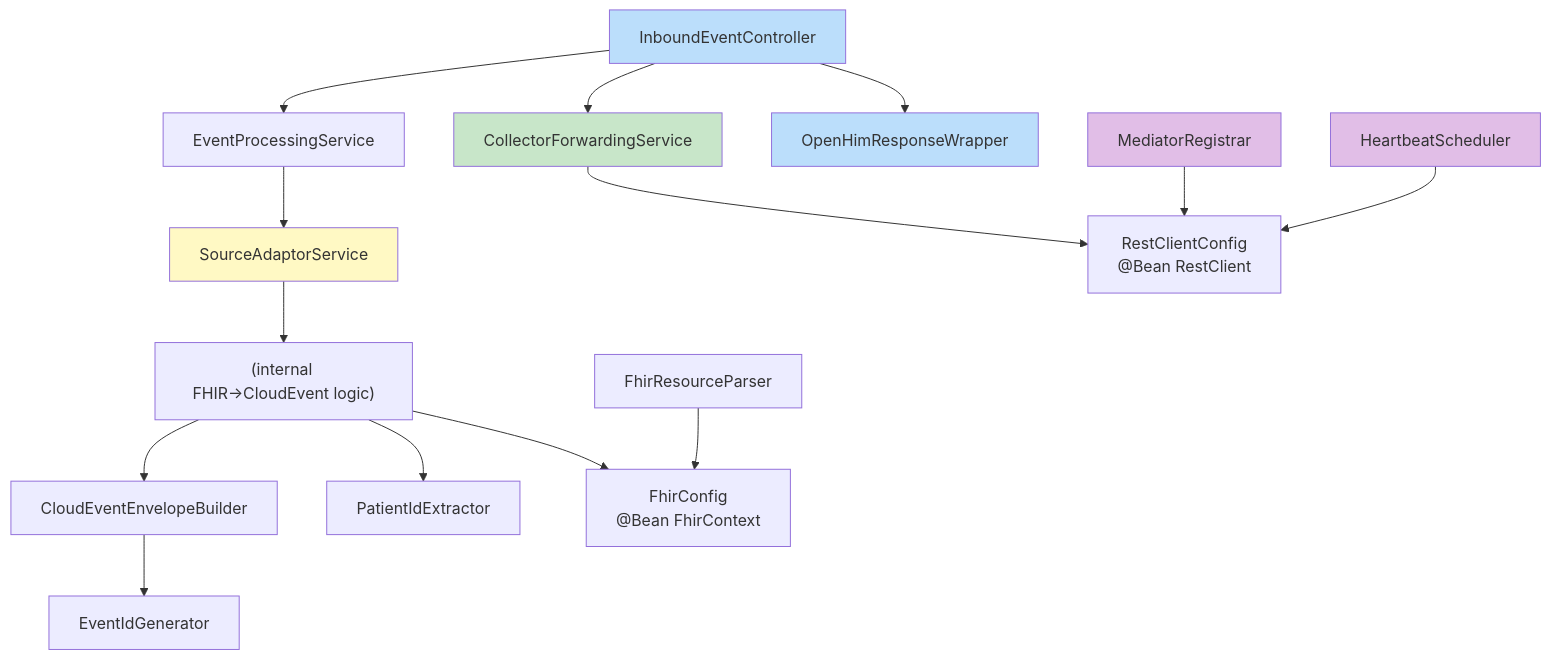
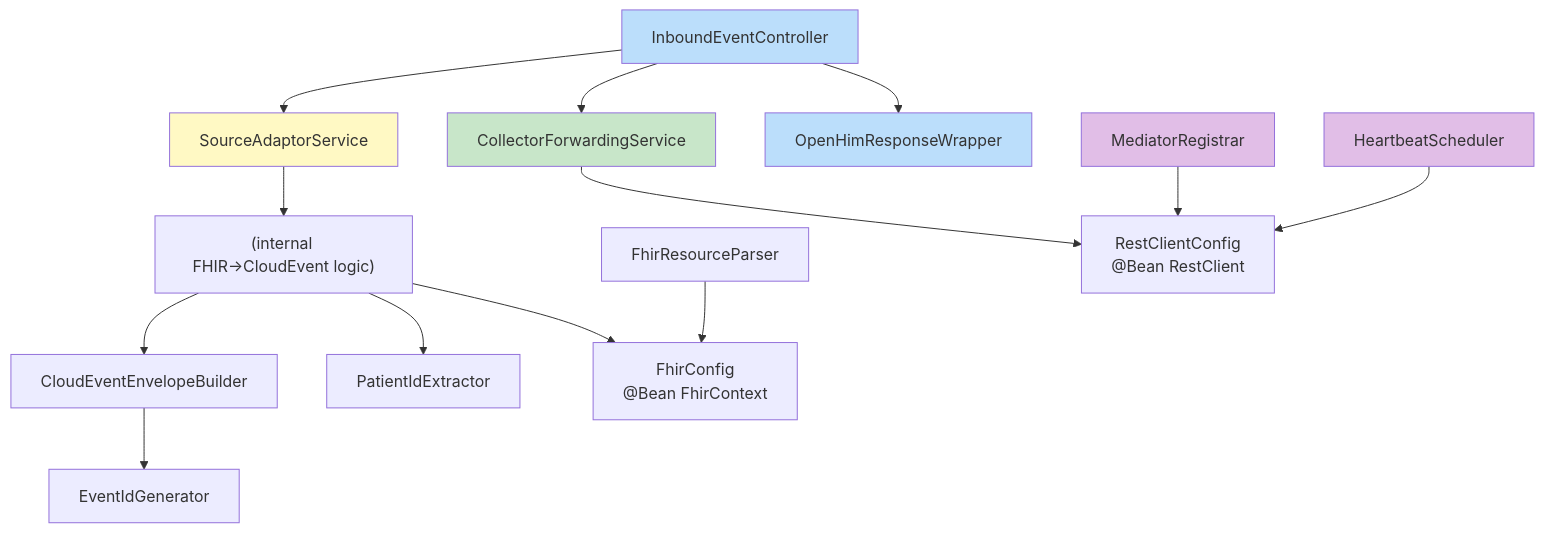
One commit to Jayaprakash8887/openhim-cce-emitter-adaptor changed the seventh of 8 diagrams in docs/flow-diagrams.md. Above: the diagram before and after it, drawn with Mermaid. The commit also changed other lines of this file and 16 other files, not shown here.

````diff
--- a/docs/flow-diagrams.md
+++ b/docs/flow-diagrams.md
@@ -228,47 +228,45 @@
 ```mermaid
 flowchart TD
     CTRL[InboundEventController]
-    NORM[EventProcessingService]
     REG[SourceAdaptorService]
     FWD[CollectorForwardingService]
     WRAP[OpenHimResponseWrapper]
 
     SA_ABS["(internal FHIR→CloudEvent logic)"]
 
     CE[CloudEventEnvelopeBuilder]
     PIE[PatientIdExtractor]
     FRP[FhirResourceParser]
     IDG[EventIdGenerator]
 
     REG_HB[MediatorRegistrar]
     HB[HeartbeatScheduler]
 
     FC["FhirConfig<br/>@Bean FhirContext"]
     RC["RestClientConfig<br/>@Bean RestClient"]
 
-    CTRL --> NORM
+    CTRL --> REG
     CTRL --> FWD
     CTRL --> WRAP
 
-    NORM --> REG
     REG --> SA_ABS
 
     SA_ABS --> CE
     SA_ABS --> PIE
 
     CE --> IDG
 
     FWD --> RC
     REG_HB --> RC
     HB --> RC
 
     SA_ABS --> FC
     FRP --> FC
 
     style CTRL fill:#bbdefb
     style WRAP fill:#bbdefb
     style FWD fill:#c8e6c9
     style REG fill:#fff9c4
     style REG_HB fill:#e1bee7
     style HB fill:#e1bee7
 ```
````
